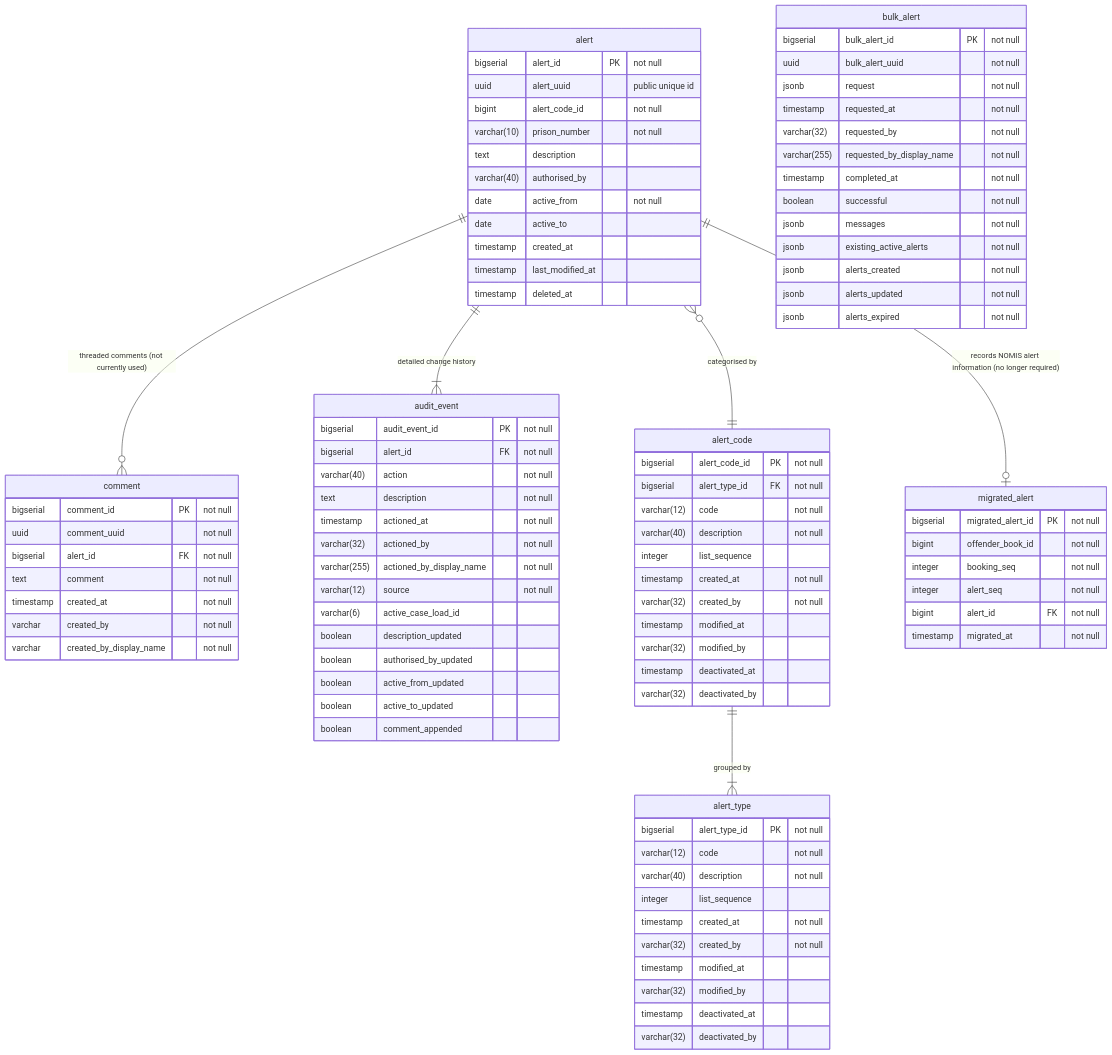
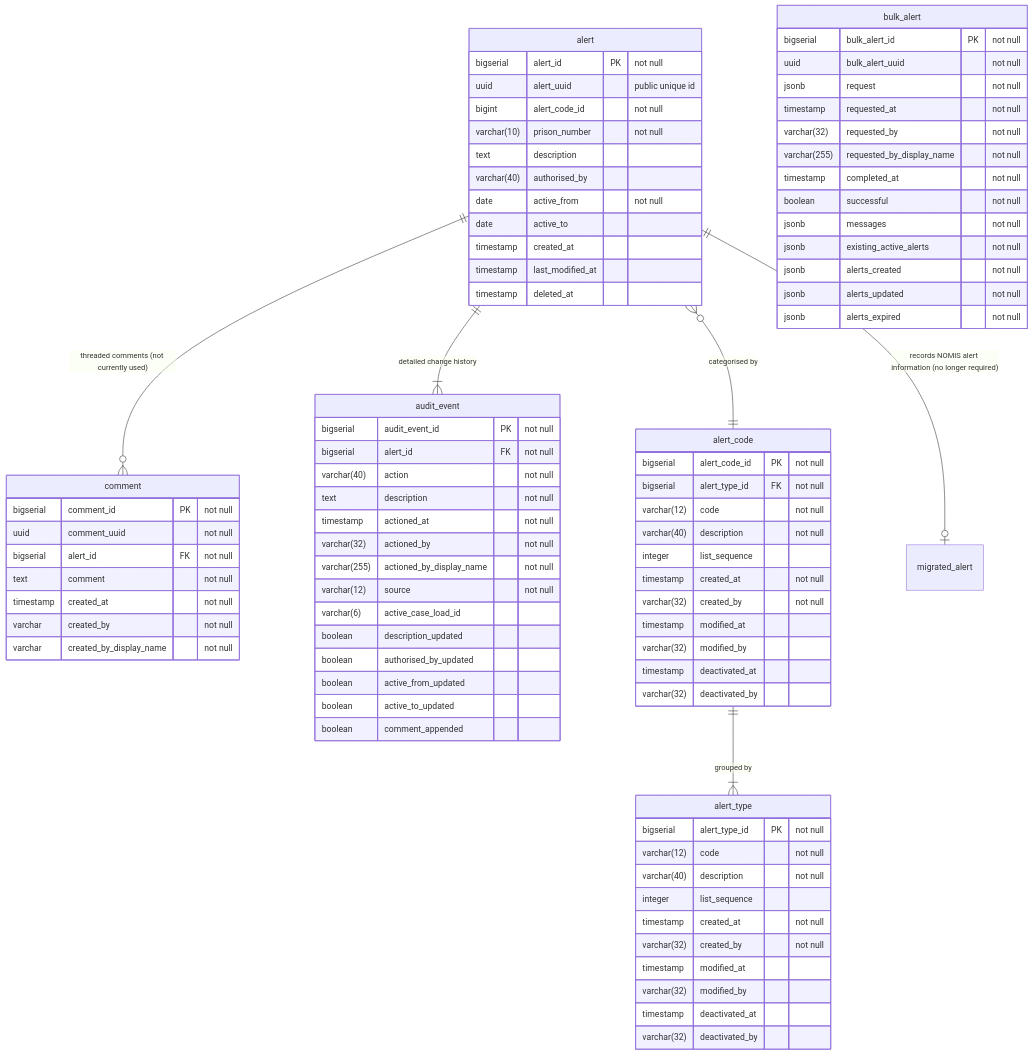
One commit to ministryofjustice/hmpps-alerts-api changed the diagram in datamodel.mermaid. Above: the diagram before and after it, drawn with Mermaid. The commit also changed 9 other files, not shown here.

First line of the commit message:
MIAD-113 Remove migrated_alert table (#162)

```diff
--- a/datamodel.mermaid
+++ b/datamodel.mermaid
@@ -1,99 +1,90 @@
 erDiagram
     alert one to zero or more comment : "threaded comments (not currently used)"
     alert one to one or more audit_event : "detailed change history"
     alert many to one alert_code : "categorised by"
     alert_code one to one or more alert_type : "grouped by"
     alert one to zero or one migrated_alert : "records NOMIS alert information (no longer required)"
 
     alert {
         bigserial alert_id PK "not null"
         uuid alert_uuid "public unique id"
         bigint alert_code_id "not null"
         varchar(10) prison_number "not null"
         text description
         varchar(40) authorised_by
         date active_from "not null"
         date active_to
         timestamp created_at
         timestamp last_modified_at
         timestamp deleted_at
     }
 
     comment {
         bigserial comment_id PK "not null"
         uuid comment_uuid "not null"
         bigserial alert_id FK "not null"
         text comment "not null"
         timestamp created_at "not null"
         varchar created_by "not null"
         varchar created_by_display_name "not null"
     }
 
     audit_event {
         bigserial audit_event_id PK "not null"
         bigserial alert_id FK "not null"
         varchar(40) action "not null"
         text description "not null"
         timestamp actioned_at "not null"
         varchar(32) actioned_by "not null"
         varchar(255) actioned_by_display_name "not null"
         varchar(12) source "not null"
         varchar(6) active_case_load_id
         boolean description_updated
         boolean authorised_by_updated
         boolean active_from_updated
         boolean active_to_updated
         boolean comment_appended
     }
 
     alert_code {
         bigserial alert_code_id PK "not null"
         bigserial alert_type_id FK "not null"
         varchar(12) code "not null"
         varchar(40) description "not null"
         integer list_sequence
         timestamp created_at "not null"
         varchar(32) created_by "not null"
         timestamp modified_at
         varchar(32) modified_by
         timestamp deactivated_at
         varchar(32) deactivated_by
     }
 
     alert_type {
         bigserial alert_type_id PK "not null"
         varchar(12) code "not null"
         varchar(40) description "not null"
         integer list_sequence
         timestamp created_at "not null"
         varchar(32) created_by "not null"
         timestamp modified_at
         varchar(32) modified_by
         timestamp deactivated_at
         varchar(32) deactivated_by
     }
 
-    migrated_alert {
-        bigserial migrated_alert_id PK "not null"
-        bigint offender_book_id "not null"
-        integer booking_seq "not null"
-        integer alert_seq "not null"
-        bigint alert_id FK "not null"
-        timestamp migrated_at "not null"
-    }
-
     bulk_alert {
         bigserial bulk_alert_id PK "not null"
         uuid bulk_alert_uuid "not null"
         jsonb request "not null"
         timestamp requested_at "not null"
         varchar(32) requested_by "not null"
         varchar(255) requested_by_display_name "not null"
         timestamp completed_at "not null"
         boolean successful "not null"
         jsonb messages "not null"
         jsonb existing_active_alerts "not null"
         jsonb alerts_created "not null"
         jsonb alerts_updated "not null"
         jsonb alerts_expired "not null"
     }
```
